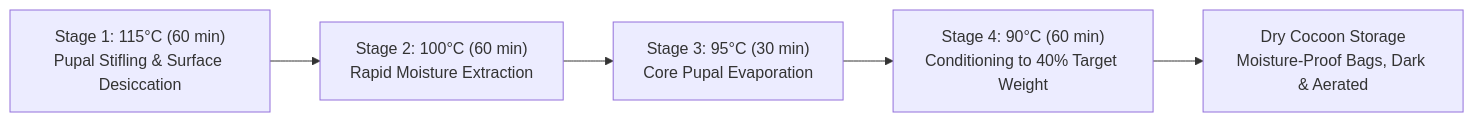
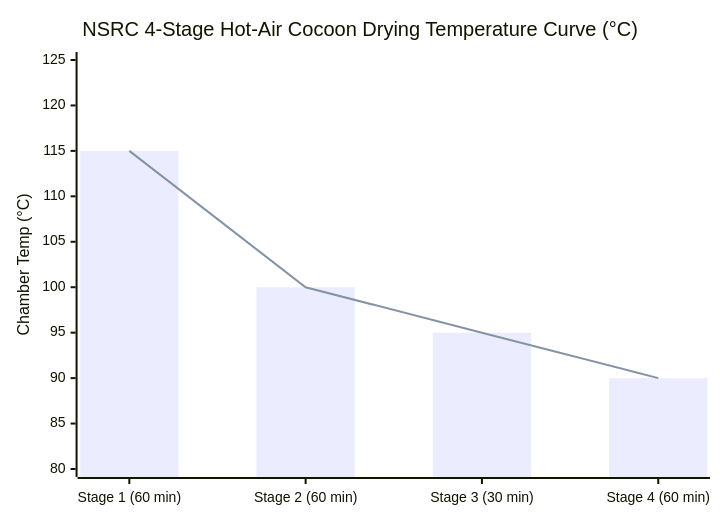
One commit to Dr-Rank1/Kalro-App changed the second of 2 diagrams in OVERVIEW.md. Above: the diagram before and after it, drawn with Mermaid. The commit also changed other lines of this file and 4 other files, not shown here.

Commit message:
docs: update comprehensive master documentation, architecture specs, and repository description

````diff
--- a/OVERVIEW.md
+++ b/OVERVIEW.md
@@ -233,7 +156,8 @@
 ```mermaid
-flowchart LR
-    Stage1["Stage 1: 115°C (60 min)\nPupal Stifling & Surface Desiccation"] --> Stage2["Stage 2: 100°C (60 min)\nRapid Moisture Extraction"]
-    Stage2 --> Stage3["Stage 3: 95°C (30 min)\nCore Pupal Evaporation"]
-    Stage3 --> Stage4["Stage 4: 90°C (60 min)\nConditioning to 40% Target Weight"]
-    Stage4 --> Storage["Dry Cocoon Storage\nMoisture-Proof Bags, Dark & Aerated"]
+xychart-beta
+    title "NSRC 4-Stage Hot-Air Cocoon Drying Temperature Curve (°C)"
+    x-axis ["Stage 1 (60 min)", "Stage 2 (60 min)", "Stage 3 (30 min)", "Stage 4 (60 min)"]
+    y-axis "Chamber Temp (°C)" 80 --> 125
+    bar [115, 100, 95, 90]
+    line [115, 100, 95, 90]
 ```
````
